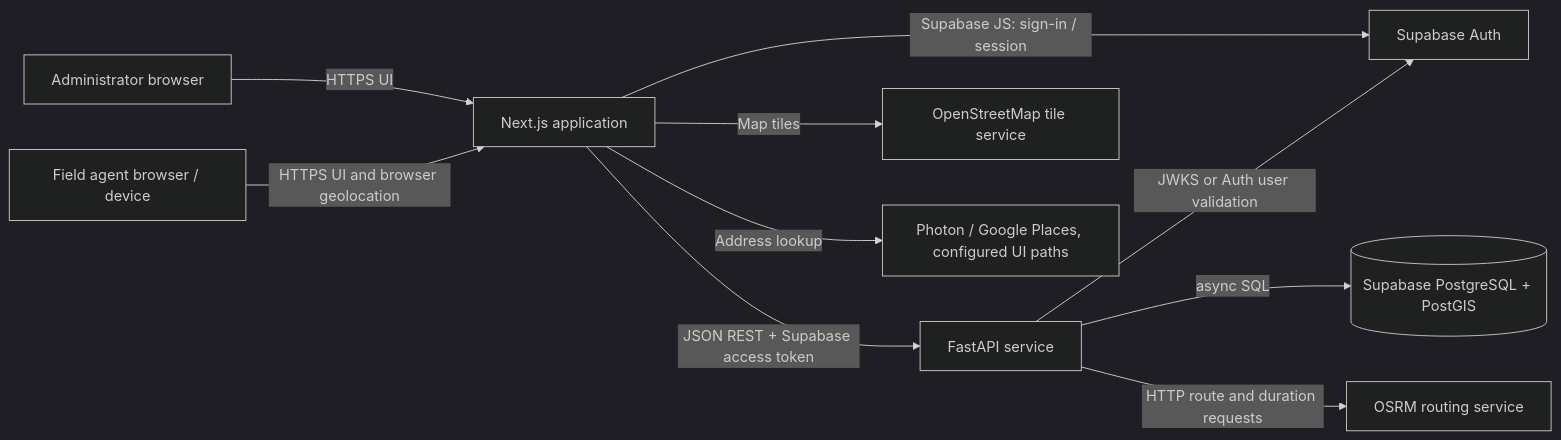
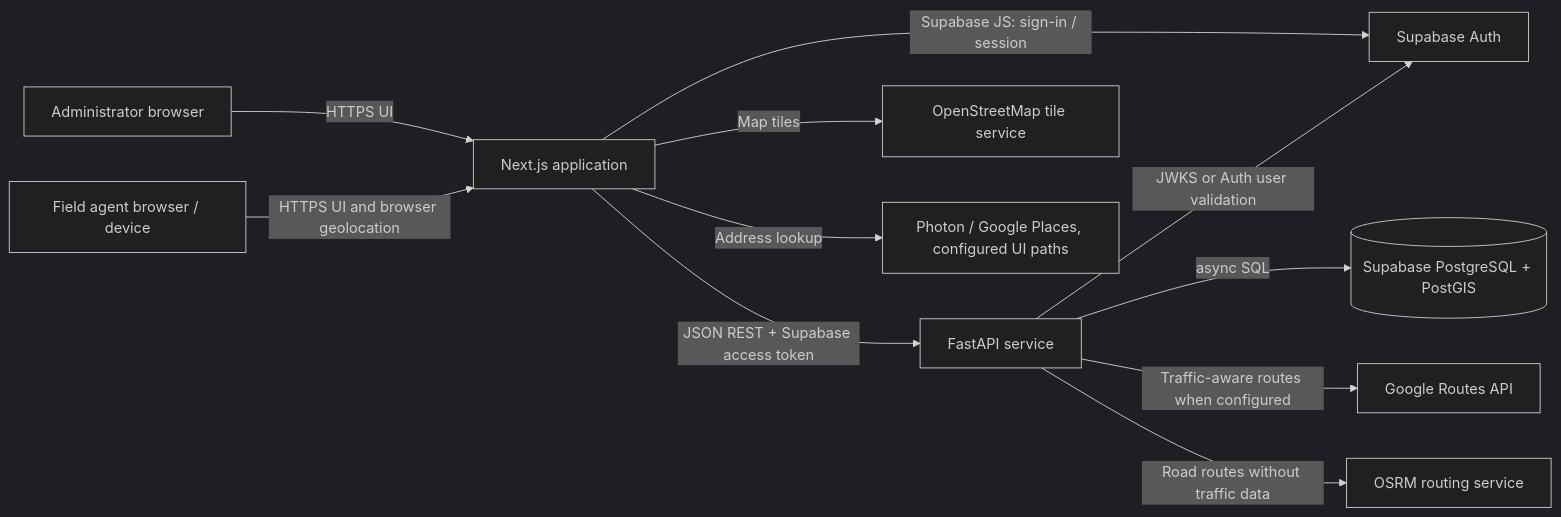
One commit to RainaMishra1/FOS_agent changed the diagram in docs/TECHNICAL_DESIGN.md. Above: the diagram before and after it, drawn with Mermaid (dark theme). The commit also changed other lines of this file and 12 other files, not shown here.

````diff
--- a/docs/TECHNICAL_DESIGN.md
+++ b/docs/TECHNICAL_DESIGN.md
@@ -11,12 +11,13 @@
 ```mermaid
 flowchart LR
   Admin[Administrator browser] -->|HTTPS UI| Web[Next.js application]
   Agent[Field agent browser / device] -->|HTTPS UI and browser geolocation| Web
   Web -->|Supabase JS: sign-in / session| Auth[Supabase Auth]
   Web -->|JSON REST + Supabase access token| API[FastAPI service]
   API -->|async SQL| DB[(Supabase PostgreSQL + PostGIS)]
   API -->|JWKS or Auth user validation| Auth
-  API -->|HTTP route and duration requests| OSRM[OSRM routing service]
+  API -->|Traffic-aware routes when configured| GoogleRoutes[Google Routes API]
+  API -->|Road routes without traffic data| OSRM[OSRM routing service]
   Web -->|Map tiles| Tiles[OpenStreetMap tile service]
   Web -->|Address lookup| Geo[Photon / Google Places, configured UI paths]
 ```
````
